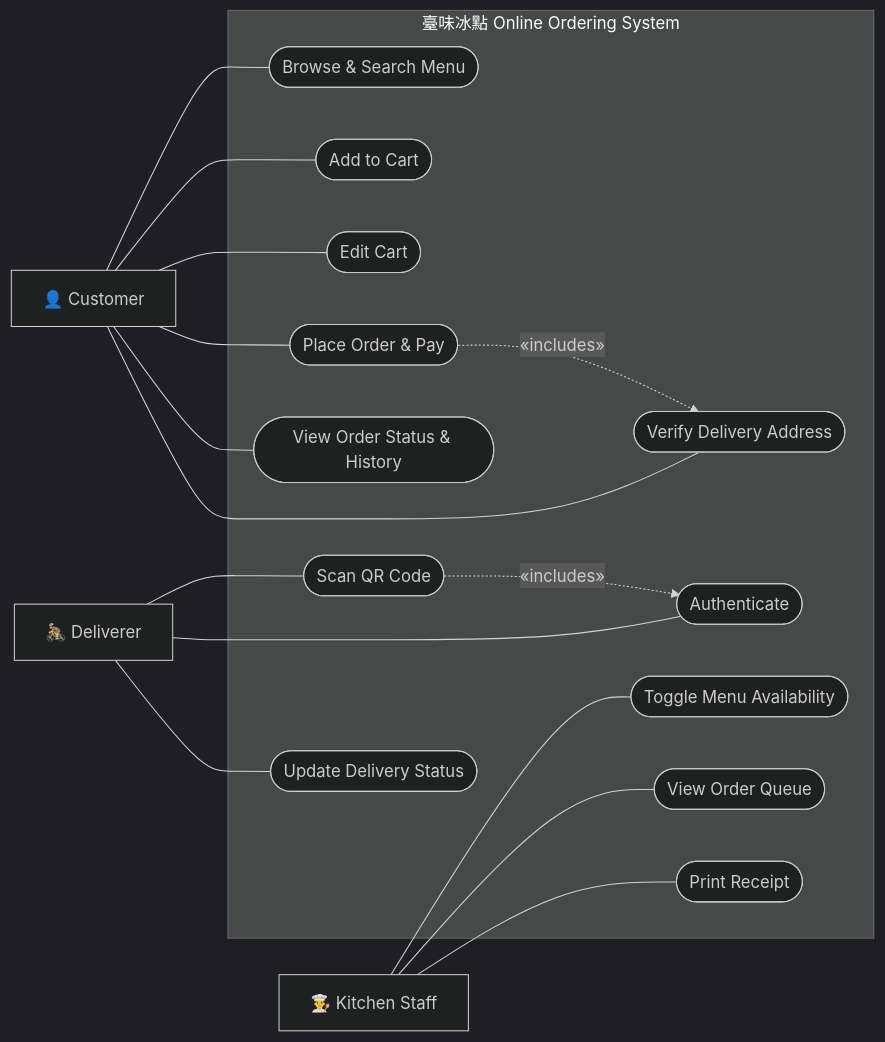
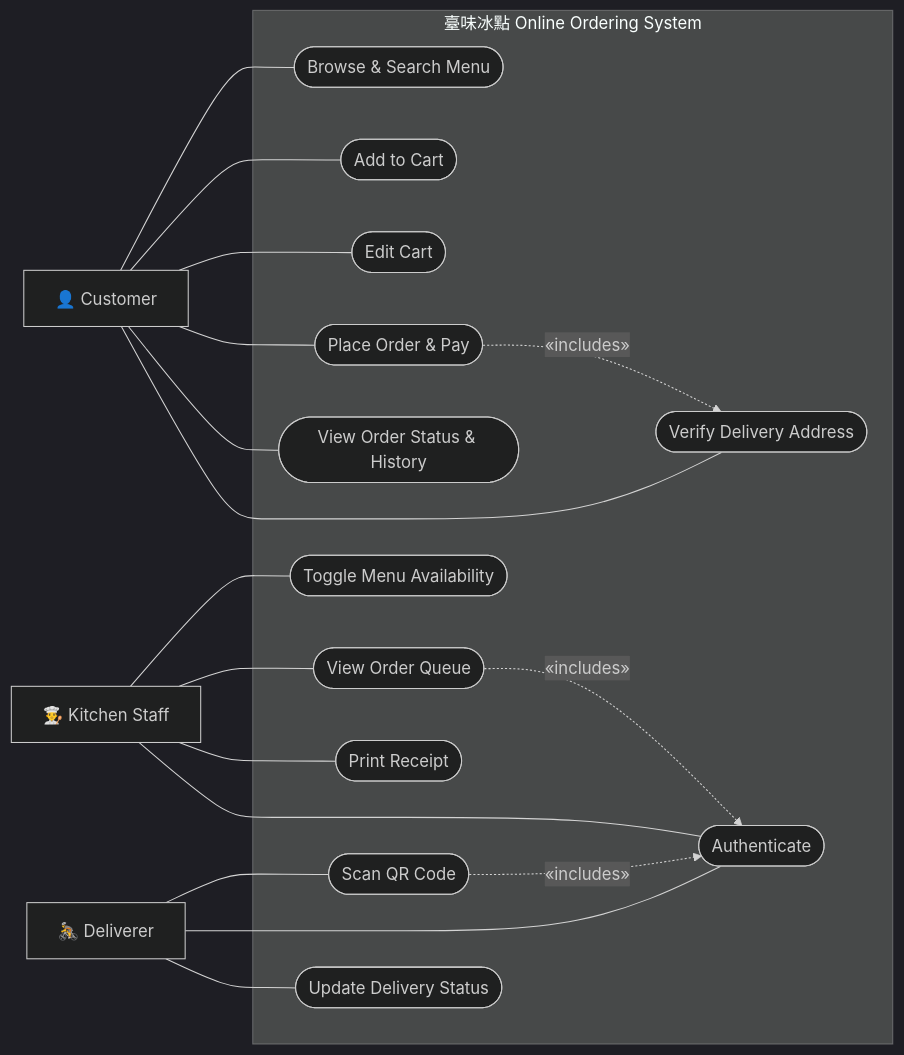
One commit to HKPooPoo/My_CLI_Re changed the first of 3 diagrams in frontend/pages/restaurant/SHORTDIA.md. Above: the diagram before and after it, drawn with Mermaid (dark theme). The commit also changed other lines of this file, not shown here.

Commit message:
Fix SHORTDIA.md: add Kitchen authentication
- Kitchen Staff now connected to UC11 (Authenticate)
- UC8 (View Order Queue) «includes» UC11 (kitchen login required)
- Level 0 Kitchen input flow includes "authenticate"

Kitchen uses branch code + password (kitchen-login.js → authenticateBranch())
and all kitchen pages are gated by localStorage['kitchen-session'].

````diff
--- a/frontend/pages/restaurant/SHORTDIA.md
+++ b/frontend/pages/restaurant/SHORTDIA.md
@@ -7,41 +7,43 @@
 ```mermaid
 flowchart LR
     Customer["👤 Customer"]
     Kitchen["👨‍🍳 Kitchen Staff"]
     Deliverer["🚴 Deliverer"]
 
     subgraph System["臺味冰點 Online Ordering System"]
         UC1(["Browse & Search Menu"])
         UC2(["Add to Cart"])
         UC3(["Edit Cart"])
         UC4(["Place Order & Pay"])
         UC5(["View Order Status & History"])
         UC6(["Verify Delivery Address"])
 
         UC7(["Toggle Menu Availability"])
         UC8(["View Order Queue"])
         UC9(["Print Receipt"])
 
         UC10(["Scan QR Code"])
         UC11(["Authenticate"])
         UC12(["Update Delivery Status"])
     end
 
     Customer --- UC1
     Customer --- UC2
     Customer --- UC3
     Customer --- UC4
     Customer --- UC5
     Customer --- UC6
 
     Kitchen --- UC7
     Kitchen --- UC8
     Kitchen --- UC9
+    Kitchen --- UC11
 
     Deliverer --- UC10
     Deliverer --- UC11
     Deliverer --- UC12
 
     UC4 -.->|"«includes»"| UC6
+    UC8 -.->|"«includes»"| UC11
     UC10 -.->|"«includes»"| UC11
 ```
````
